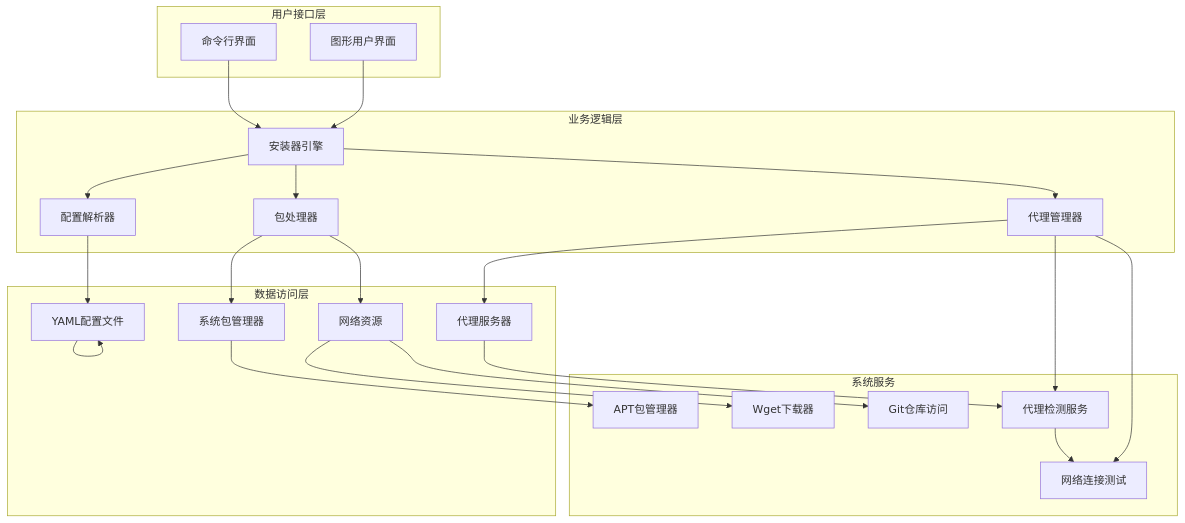
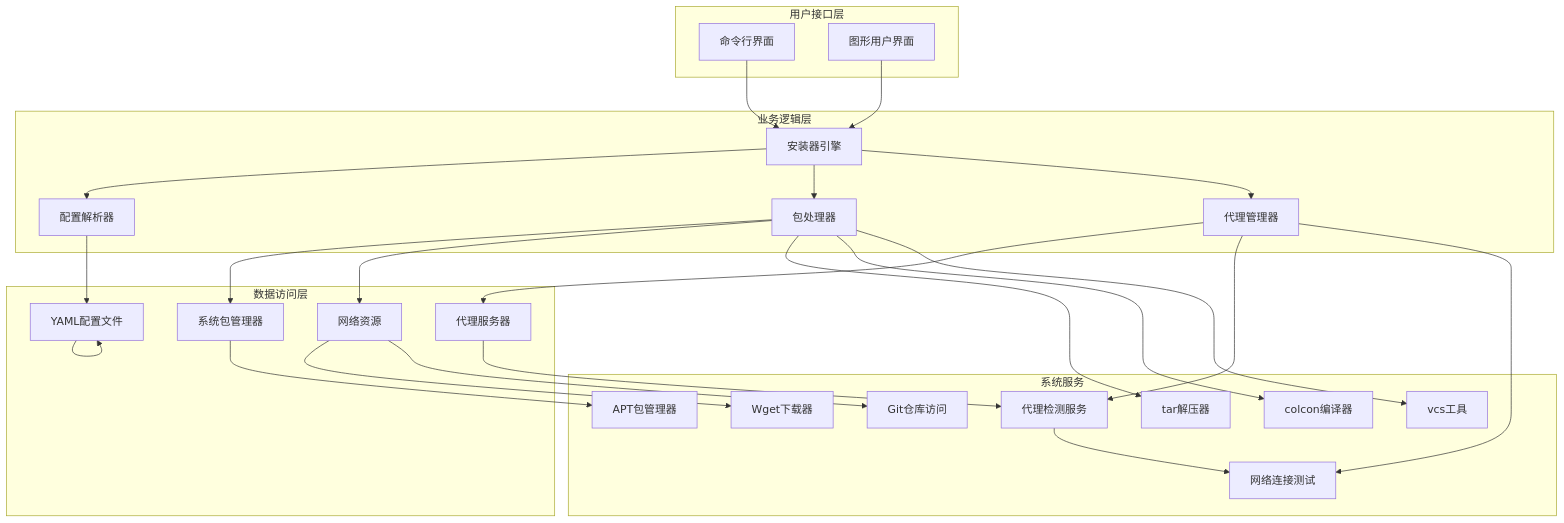
Before and after one commit to firestrongarch/install: the second of 10 diagrams in .qoder/repowiki/zh/content/核心功能/软件包管理系统.md, drawn with Mermaid. The commit also changed other lines of this file and 5 other files, not shown here.

````diff
--- a/.qoder/repowiki/zh/content/核心功能/软件包管理系统.md
+++ b/.qoder/repowiki/zh/content/核心功能/软件包管理系统.md
@@ -121,43 +125,49 @@
 ```mermaid
 graph TB
 subgraph "用户接口层"
 A[命令行界面]
 B[图形用户界面]
 end
 subgraph "业务逻辑层"
 C[安装器引擎]
 D[配置解析器]
 E[包处理器]
 F[代理管理器]
 end
 subgraph "数据访问层"
 G[YAML配置文件]
 H[系统包管理器]
 I[网络资源]
 J[代理服务器]
 end
 subgraph "系统服务"
 K[APT包管理器]
 L[Wget下载器]
 M[Git仓库访问]
 N[代理检测服务]
 O[网络连接测试]
+P[tar解压器]
+Q[colcon编译器]
+R[vcs工具]
 end
 A --> C
 B --> C
 C --> D
 C --> E
 C --> F
 D --> G
 E --> H
 E --> I
+E --> P
+E --> Q
+E --> R
 F --> J
 F --> N
 F --> O
 G --> G
 H --> K
 I --> L
 I --> M
 J --> N
 N --> O
 ```
````
